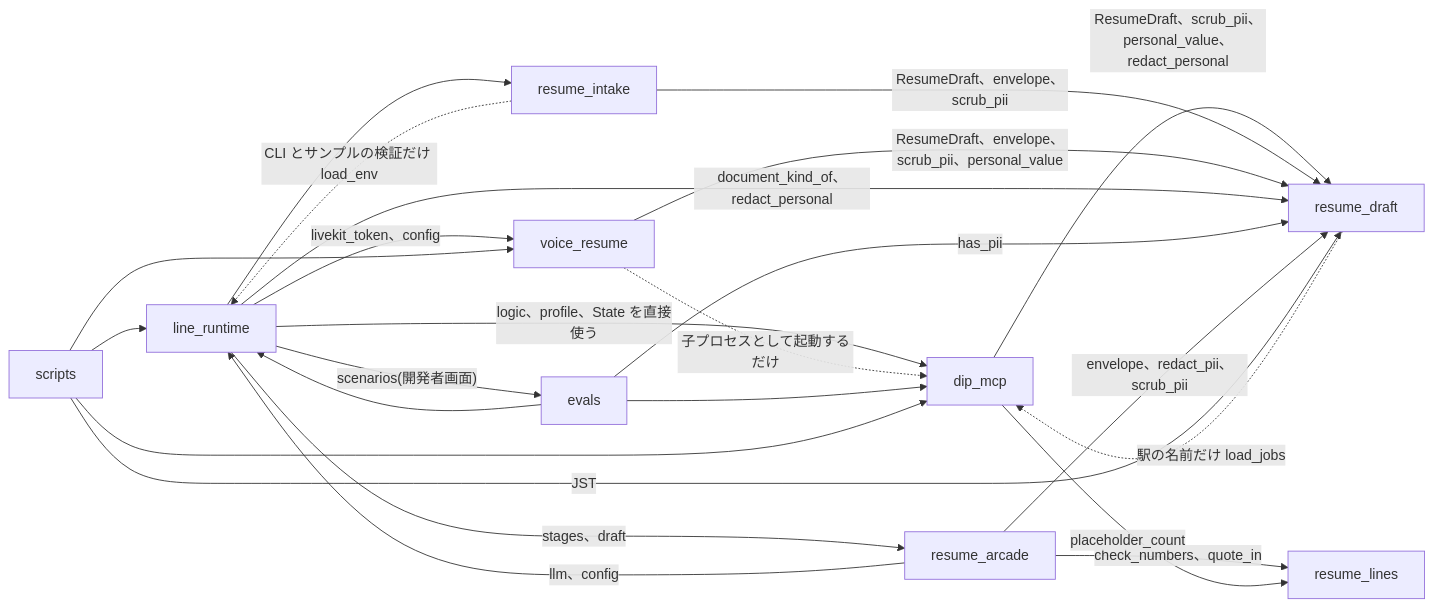
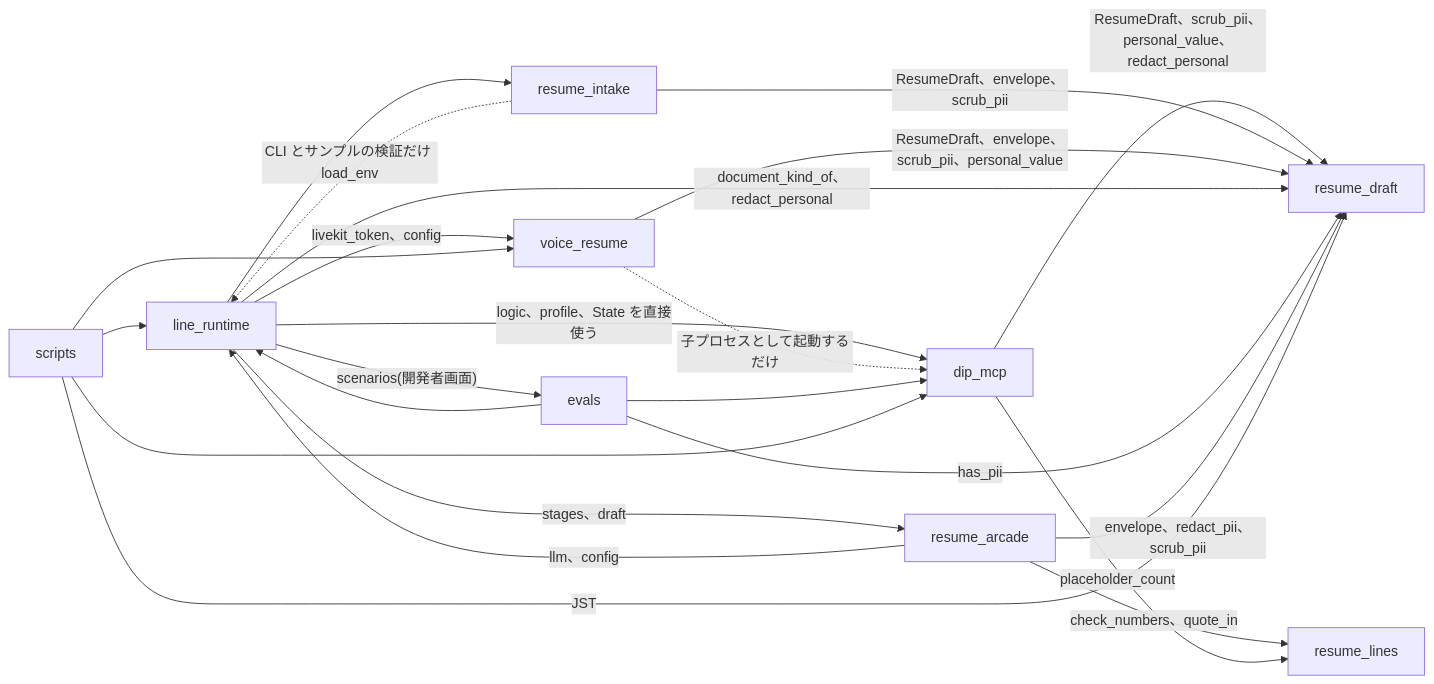
One commit to jyoka/aica changed the third of 13 diagrams in docs/architecture/hld.md. Above: the diagram before and after it, drawn with Mermaid. The commit also changed other lines of this file and 9 other files, not shown here.

````diff
--- a/docs/architecture/hld.md
+++ b/docs/architecture/hld.md
@@ -295,36 +295,35 @@
 ```mermaid
 flowchart LR
     lr["line_runtime"]
     dm["dip_mcp"]
     ri["resume_intake"]
     vr["voice_resume"]
     rd["resume_draft"]
     ev["evals"]
     sc["scripts"]
     ra["resume_arcade"]
     rl["resume_lines"]
 
     lr -- "logic、profile、State を直接使う" --> dm
     lr -- "scenarios(開発者画面)" --> ev
     lr --> ri
     lr -- "livekit_token、config" --> vr
     dm -- "ResumeDraft、scrub_pii、personal_value、redact_personal" --> rd
     ri -- "ResumeDraft、envelope、scrub_pii" --> rd
     vr -- "ResumeDraft、envelope、scrub_pii、personal_value" --> rd
     lr -- "document_kind_of、redact_personal" --> rd
     ev -- "has_pii" --> rd
     lr -- "stages、draft" --> ra
     ra -- "llm、config" --> lr
     ra -- "envelope、redact_pii、scrub_pii" --> rd
     ra -- "check_numbers、quote_in" --> rl
     dm -- "placeholder_count" --> rl
     sc -- "JST" --> rd
-    rd -. "駅の名前だけ load_jobs" .-> dm
     ri -. "CLI とサンプルの検証だけ load_env" .-> lr
     vr -. "子プロセスとして起動するだけ" .-> dm
     ev --> lr
     ev --> dm
     sc --> lr
     sc --> dm
     sc --> vr
 ```
````
